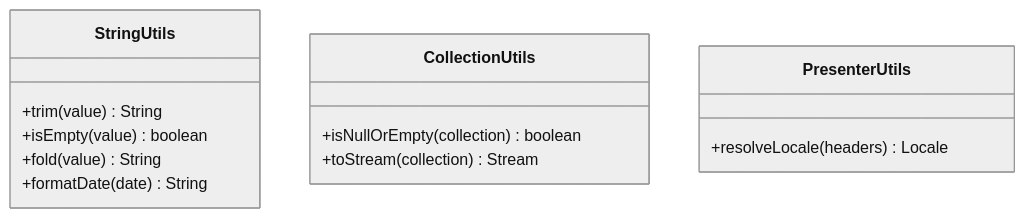
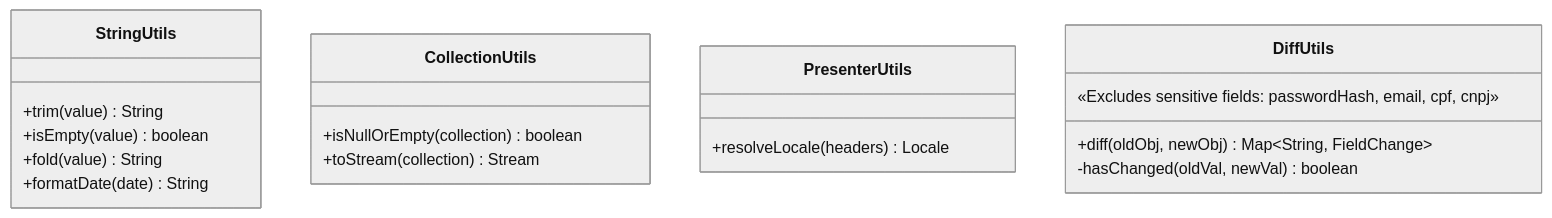
The eighth of 9 diagrams in src/main/java/com/pug/shared/README.md (Plataforma-Universidade-Gratuita/pug-service), drawn with Mermaid (neutral theme) before and after one commit. The commit also changed other lines of this file and 31 other files, not shown here.

````diff
--- a/src/main/java/com/pug/shared/README.md
+++ b/src/main/java/com/pug/shared/README.md
@@ -173,18 +287,24 @@
 ```mermaid
 classDiagram
     class StringUtils {
         +trim(value) String
         +isEmpty(value) boolean
         +fold(value) String
         +formatDate(date) String
     }
 
     class CollectionUtils {
         +isNullOrEmpty(collection) boolean
         +toStream(collection) Stream
     }
 
     class PresenterUtils {
         +resolveLocale(headers) Locale
     }
+
+    class DiffUtils {
+        +diff(oldObj, newObj) Map~String, FieldChange~
+        -hasChanged(oldVal, newVal) boolean
+        «Excludes sensitive fields: passwordHash, email, cpf, cnpj»
+    }
 ```
````
